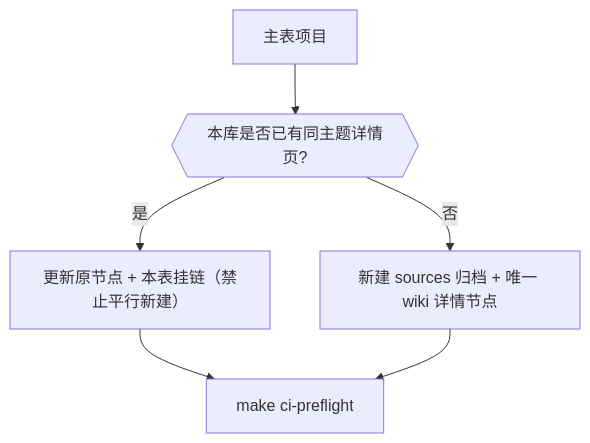
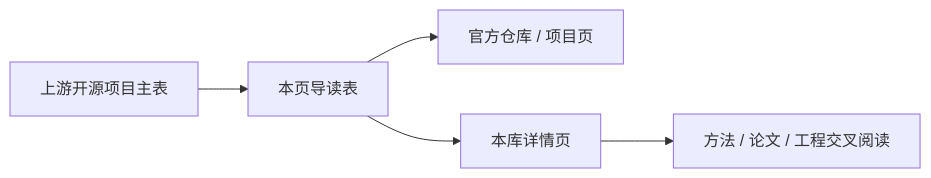
Before and after one commit to ImChong/Robotics_Notebooks: the diagram in wiki/queries/hmi-opensource-projects-coverage.md, drawn with Mermaid. The commit also changed other lines of this file and 7 other files, not shown here.

````diff
--- a/wiki/queries/hmi-opensource-projects-coverage.md
+++ b/wiki/queries/hmi-opensource-projects-coverage.md
@@ -243,8 +268,7 @@
 ```mermaid
-flowchart TD
-  A["主表项目"] --> B{{"本库是否已有同主题详情页?"}}
-  B -->|是| C["更新原节点 + 本表挂链（禁止平行新建）"]
-  B -->|否| D["新建 sources 归档 + 唯一 wiki 详情节点"]
-  C --> E["make ci-preflight"]
-  D --> E
+flowchart LR
+  A["上游开源项目主表"] --> B["本页导读表"]
+  B --> C["官方仓库 / 项目页"]
+  B --> D["本库详情页"]
+  D --> E["方法 / 论文 / 工程交叉阅读"]
 ```
````
